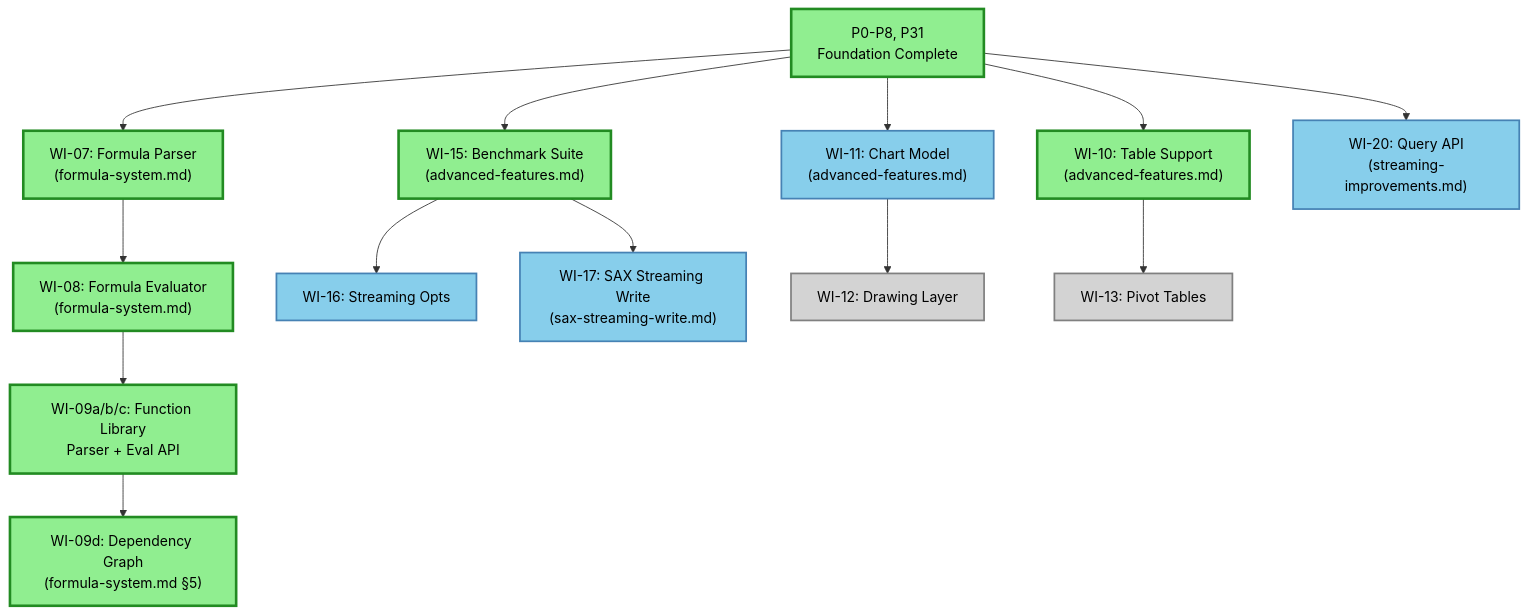
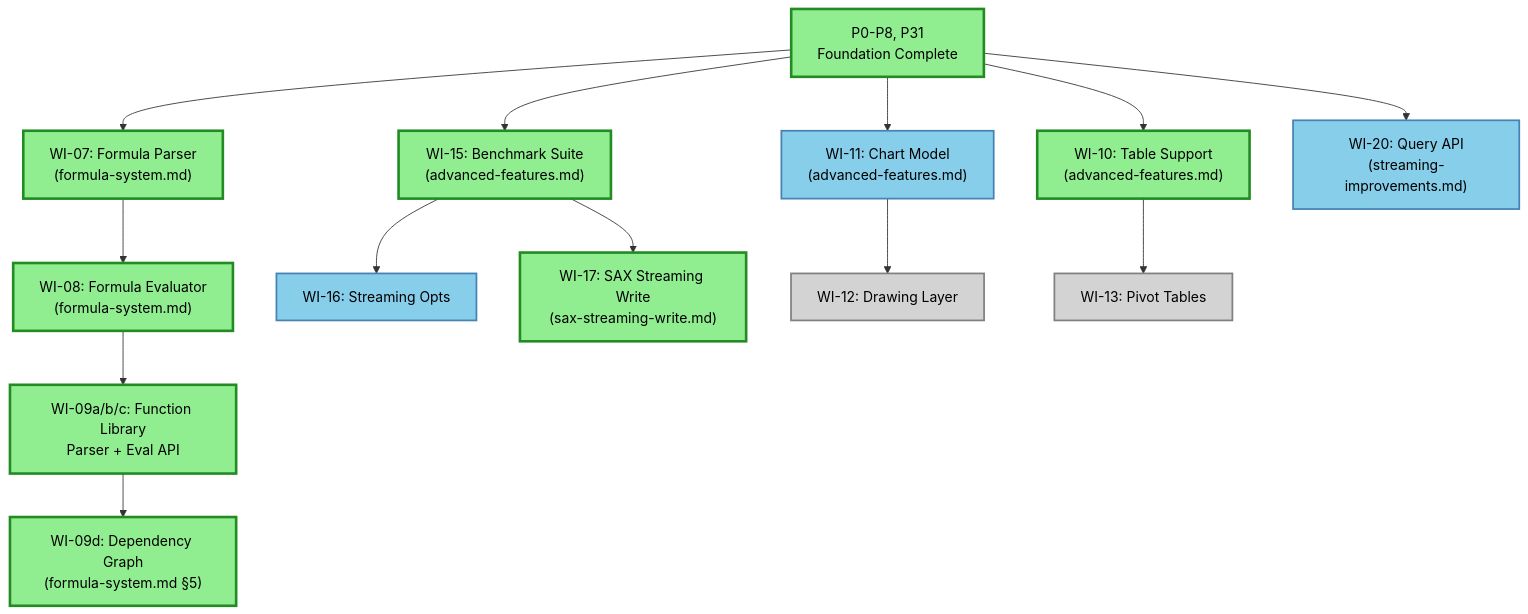
Before and after one commit to TJC-LP/xl: the diagram in docs/plan/roadmap.md, drawn with Mermaid. The commit also changed other lines of this file and 4 other files, not shown here.

First line of the commit message:
docs: Update documentation for WI-17 SAX write completion

````diff
--- a/docs/plan/roadmap.md
+++ b/docs/plan/roadmap.md
@@ -26,41 +25,41 @@
 ```mermaid
 graph TB
     %% Completed work (green)
     P0["P0-P8, P31<br/>Foundation Complete"]:::completed
     WI07["WI-07: Formula Parser<br/>(formula-system.md)"]:::completed
     WI08["WI-08: Formula Evaluator<br/>(formula-system.md)"]:::completed
     WI09["WI-09a/b/c: Function Library<br/>Parser + Eval API"]:::completed
     WI09d["WI-09d: Dependency Graph<br/>(formula-system.md §5)"]:::completed
     WI10["WI-10: Table Support<br/>(advanced-features.md)"]:::completed
     WI15["WI-15: Benchmark Suite<br/>(advanced-features.md)"]:::completed
 
     %% Available work (blue - ready to start)
     WI11["WI-11: Chart Model<br/>(advanced-features.md)"]:::available
     WI16["WI-16: Streaming Opts"]:::available
-    WI17["WI-17: SAX Streaming Write<br/>(sax-streaming-write.md)"]:::available
+    WI17["WI-17: SAX Streaming Write<br/>(sax-streaming-write.md)"]:::completed
     WI20["WI-20: Query API<br/>(streaming-improvements.md)"]:::available
 
     %% Blocked work (gray - waiting on dependencies)
     WI12["WI-12: Drawing Layer"]:::blocked
     WI13["WI-13: Pivot Tables"]:::blocked
 
     %% Dependencies
     P0 --> WI07
     P0 --> WI10
     P0 --> WI11
     P0 --> WI15
     P0 --> WI20
 
     WI07 --> WI08
     WI08 --> WI09
     WI09 --> WI09d
     WI11 --> WI12
     WI10 --> WI13
     WI15 --> WI16
     WI15 --> WI17
 
     %% Style definitions
     classDef completed fill:#90EE90,stroke:#228B22,stroke-width:3px,color:#000
     classDef available fill:#87CEEB,stroke:#4682B4,stroke-width:2px,color:#000
     classDef blocked fill:#D3D3D3,stroke:#808080,stroke-width:2px,color:#000
 ```
````
